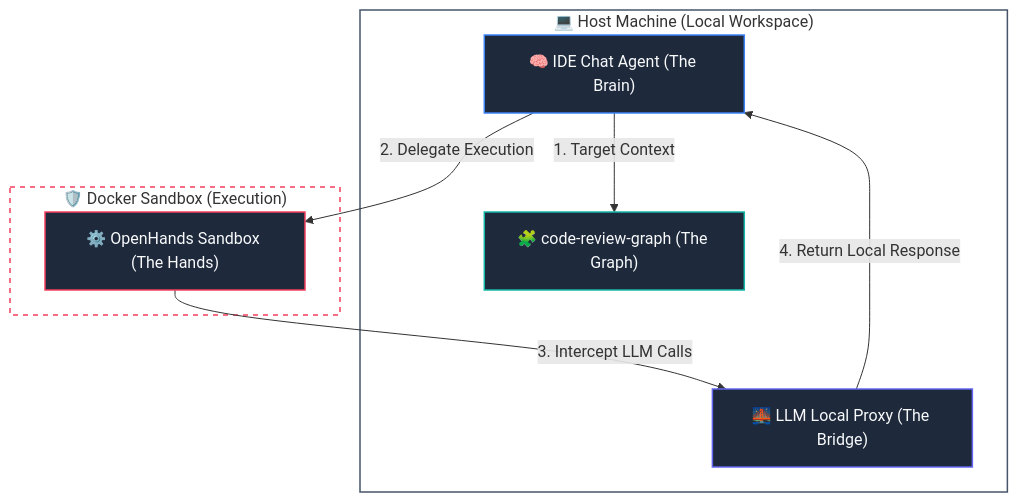
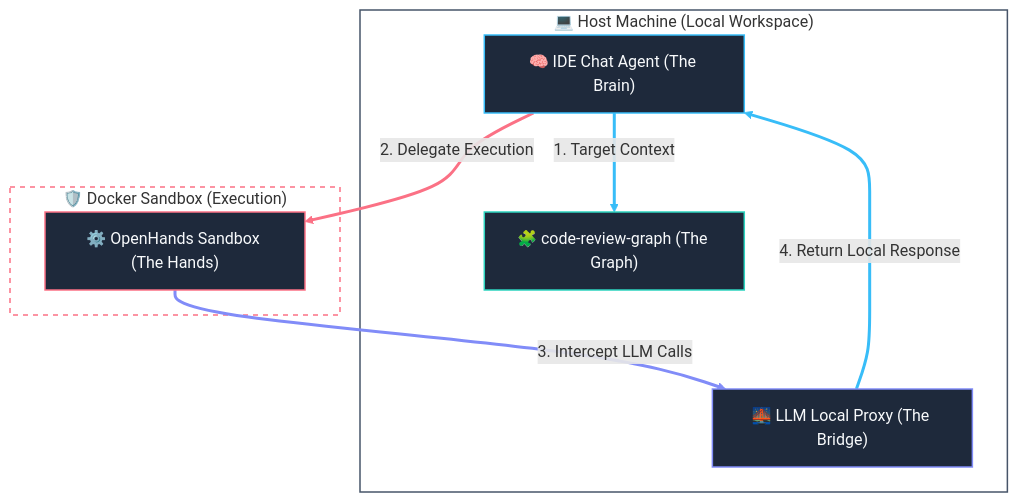
Before and after one commit to Yuggohel2/hercules-mcp: the diagram in README.md, drawn with Mermaid.

Commit message:
docs: style flowchart links with bold, vibrant native colors in README.md

````diff
--- a/README.md
+++ b/README.md
@@ -8,24 +8,29 @@
 ```mermaid
 flowchart TD
     subgraph Host ["💻 Host Machine (Local Workspace)"]
         Brain["🧠 IDE Chat Agent (The Brain)"]
         Graph["🧩 code-review-graph (The Graph)"]
         Proxy["🌉 LLM Local Proxy (The Bridge)"]
     end
     subgraph Sandbox ["🛡️ Docker Sandbox (Execution)"]
         Hands["⚙️ OpenHands Sandbox (The Hands)"]
     end
 
     Brain -->|"1. Target Context"| Graph
     Brain -->|"2. Delegate Execution"| Hands
     Hands -->|"3. Intercept LLM Calls"| Proxy
     Proxy -->|"4. Return Local Response"| Brain
 
-    style Brain fill:#1e293b,stroke:#3b82f6,stroke-width:1.5px,color:#f8fafc
-    style Graph fill:#1e293b,stroke:#14b8a6,stroke-width:1.5px,color:#f8fafc
-    style Proxy fill:#1e293b,stroke:#6366f1,stroke-width:1.5px,color:#f8fafc
-    style Hands fill:#1e293b,stroke:#f43f5e,stroke-width:1.5px,color:#f8fafc
+    style Brain fill:#1e293b,stroke:#38bdf8,stroke-width:1.5px,color:#f8fafc
+    style Graph fill:#1e293b,stroke:#2dd4bf,stroke-width:1.5px,color:#f8fafc
+    style Proxy fill:#1e293b,stroke:#818cf8,stroke-width:1.5px,color:#f8fafc
+    style Hands fill:#1e293b,stroke:#fb7185,stroke-width:1.5px,color:#f8fafc
     
     style Host fill:none,stroke:#475569,stroke-width:1.5px
-    style Sandbox fill:none,stroke:#f43f5e,stroke-width:1.5px,stroke-dasharray: 5 5
+    style Sandbox fill:none,stroke:#fb7185,stroke-width:1.5px,stroke-dasharray: 5 5
+
+    linkStyle 0 stroke:#38bdf8,stroke-width:3px;
+    linkStyle 1 stroke:#fb7185,stroke-width:3px;
+    linkStyle 2 stroke:#818cf8,stroke-width:3px;
+    linkStyle 3 stroke:#38bdf8,stroke-width:3px;
 ```
````
